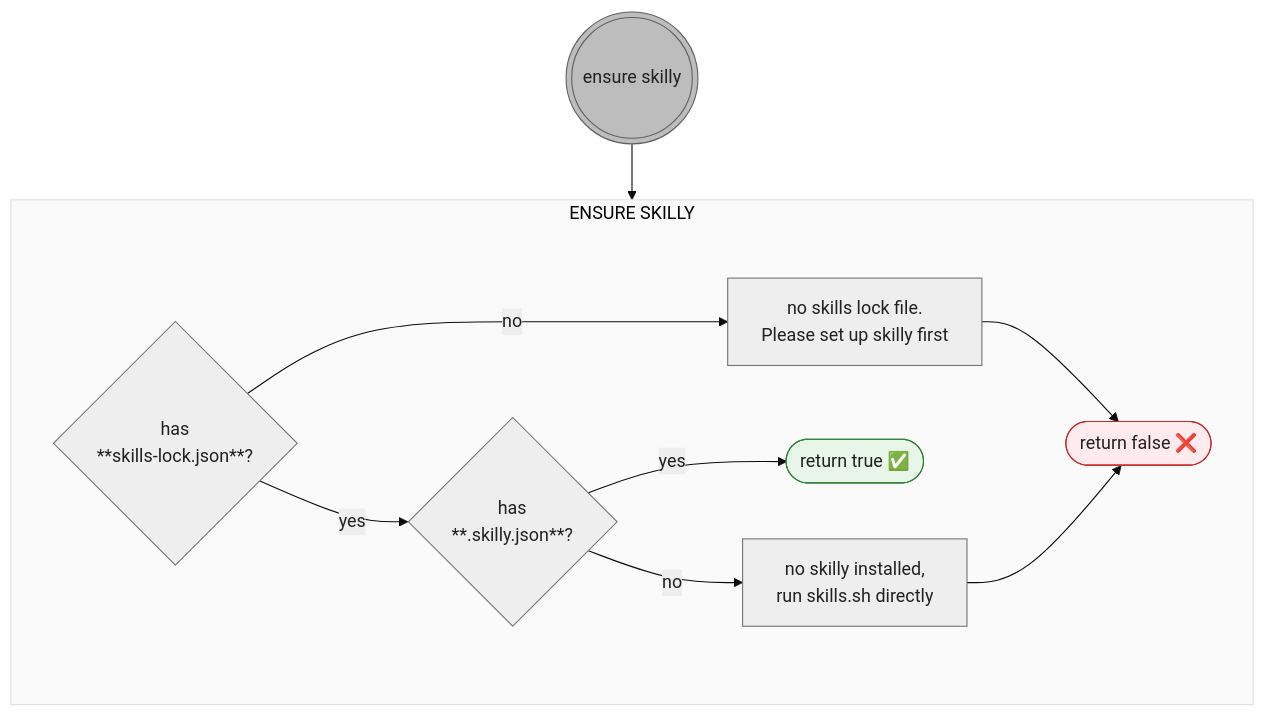
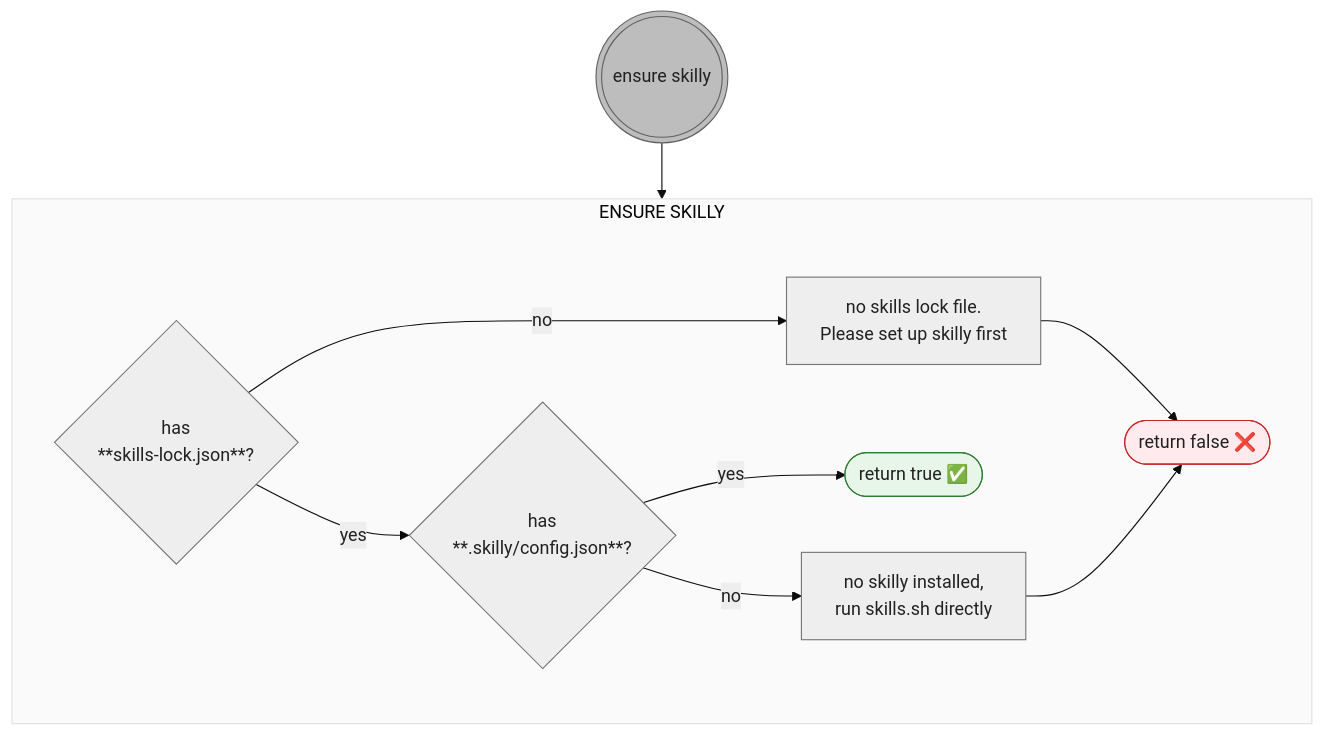
Before and after one commit to timschoch/skilly: the diagram in docs/ensure-skilly.mmd, drawn with Mermaid. The commit also changed 59 other files, not shown here.

```diff
--- a/docs/ensure-skilly.mmd
+++ b/docs/ensure-skilly.mmd
@@ -1,40 +1,40 @@
 ---
 config:
   theme: base
   themeVariables:
     primaryColor: "#eeeeee"
     primaryBorderColor: "#757575"
     primaryTextColor: "#212121"
     clusterBkg: "#fafafa"
     clusterBorder: "#e0e0e0"
 ---
 flowchart TD
     %% shapes: ((( ))) entry point · [/ \] user action (blue) · [ ] script action (gray) · { } decision (amber) · ([ ]) state (green)
 
     ENTER-ES((("ensure skilly"))) --> ES
     subgraph ES["ENSURE SKILLY"]
         ESQ1{"has<br>**skills-lock.json**?"}
             ESQ1 -->|yes| ESQ2
             ESQ1 -->|no| ES-ABORT-NO-SKILLS
 
-        ESQ2{"has<br>**.skilly.json**?"}
+        ESQ2{"has<br>**.skilly/config.json**?"}
             ESQ2 -->|yes| ES-TRUE
             ESQ2 -->|no| ES-ABORT-NO-SKILLY
 
         ES-TRUE(["return true ✅"])
         ES-ABORT-NO-SKILLS["no skills lock file.<br>Please set up skilly first"] --> ES-FALSE
         ES-ABORT-NO-SKILLY["no skilly installed,<br>run skills.sh directly"] --> ES-FALSE
         ES-FALSE(["return false ❌"])
     end
 
 
     %% all checks are script checks -> default gray, not amber
 
     classDef entry fill:#bdbdbd,stroke:#616161
     class ENTER-ES entry
 
     classDef ok fill:#e8f5e9,stroke:#2e7d32
     class ES-TRUE ok
 
     classDef fail fill:#ffebee,stroke:#c62828
     class ES-FALSE fail
```
